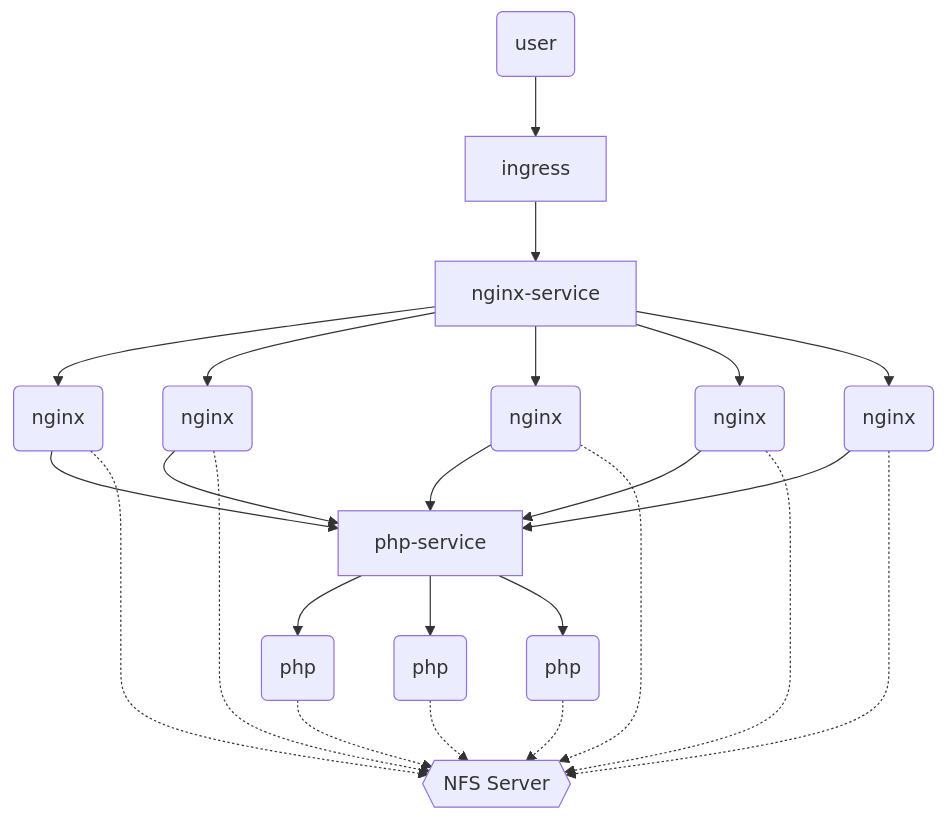
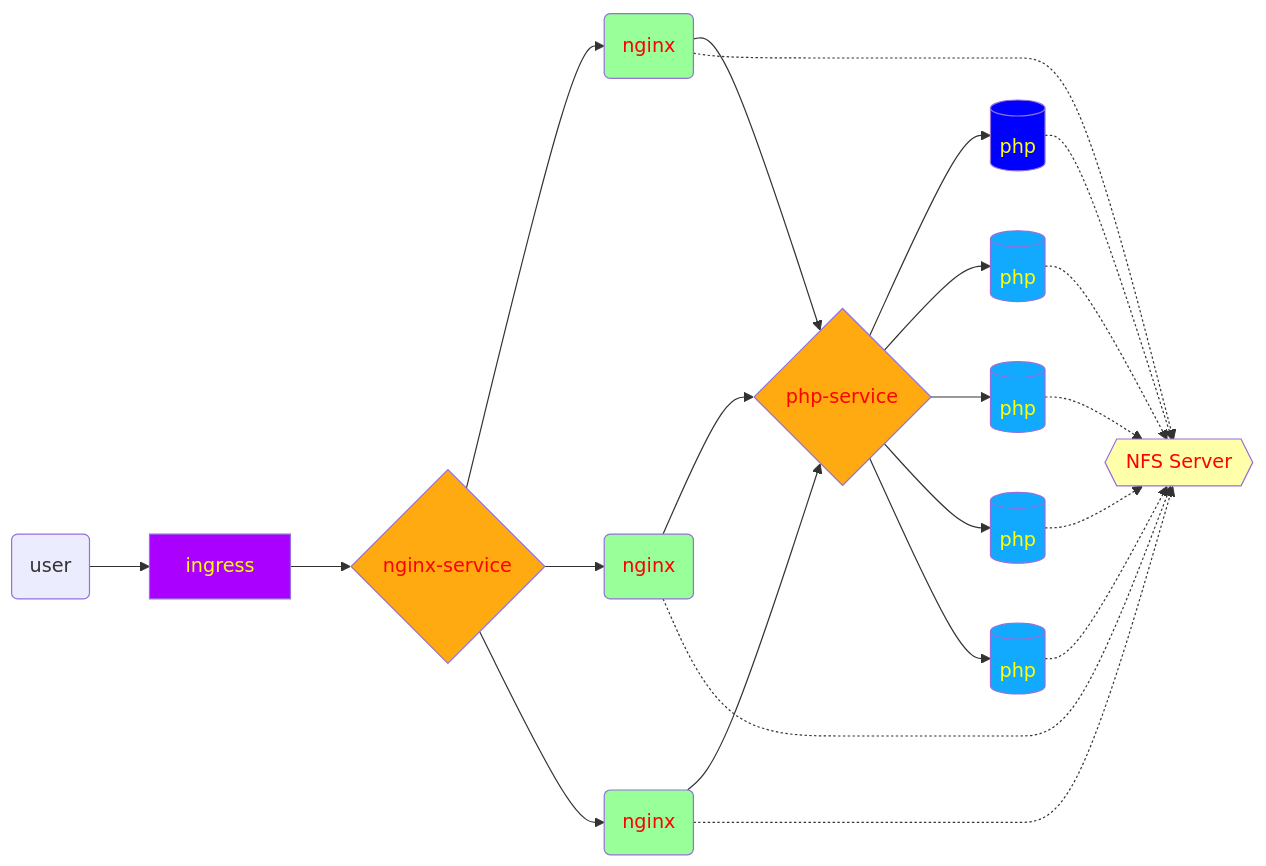
Before and after one commit to tonggh220/md_4_nsd_notes: the diagram in CLOUD/10/练习.md, drawn with Mermaid.

````diff
--- a/CLOUD/10/练习.md
+++ b/CLOUD/10/练习.md
@@ -7,25 +7,35 @@
 ```mermaid
-graph TB
-U(user) --> I[ingress] --> SW[nginx-service]
+graph LR
+U(user) --> I[ingress] --> SW{nginx-service}
 SW --> WEB1(nginx)
 SW --> WEB2(nginx)
 SW --> WEB3(nginx)
-SW --> WEB4(nginx)
-SW --> WEB5(nginx)
-WEB1 --> PS[php-service]
+WEB1 --> PS{php-service}
 WEB2 --> PS
 WEB3 --> PS
-WEB4 --> PS
-WEB5 --> PS
-PS --> PHP1(php)
-PS --> PHP2(php)
-PS --> PHP3(php)
+PS --> PHP1[(php)]
+PS --> PHP2[(php)]
+PS --> PHP3[(php)]
+PS --> PHP4[(php)]
+PS --> PHP5[(php)]
 PHP1 -.-> NFS{{NFS Server}}
 PHP2 -.-> NFS
 PHP3 -.-> NFS
+PHP4 -.-> NFS
+PHP5 -.-> NFS
 WEB1 -.-> NFS
 WEB2 -.-> NFS
 WEB3 -.-> NFS
-WEB4 -.-> NFS
-WEB5 -.-> NFS
+style WEB1 color:#ff0000,fill:#99ff99
+style WEB2 color:#ff0000,fill:#99ff99
+style WEB3 color:#ff0000,fill:#99ff99
+style PHP1 color:#ffff00,fill:#0000ff
+style PHP2 color:#ffff00,fill:#11aaff
+style PHP3 color:#ffff00,fill:#11aaff
+style PHP4 color:#ffff00,fill:#11aaff
+style PHP5 color:#ffff00,fill:#11aaff
+style NFS color:#ff0000,fill:#ffffaa
+style PS color:#ff0000,fill:#ffaa11
+style SW color:#ff0000,fill:#ffaa11
+style I color:#ffff00,fill:#aa00ff
 ```
````
